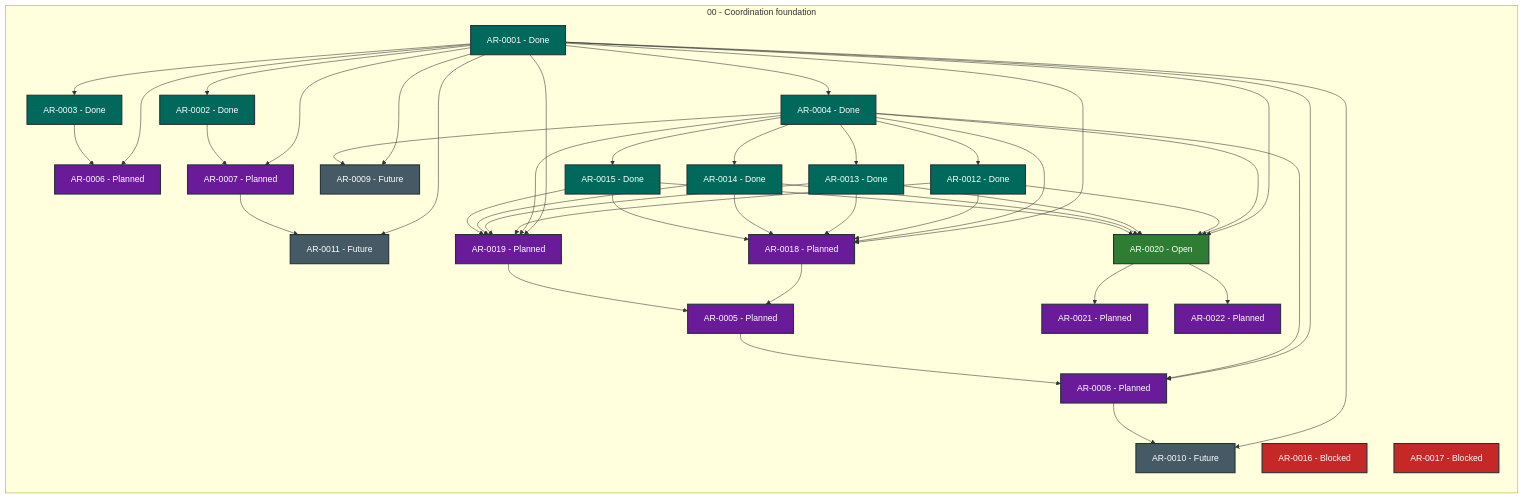
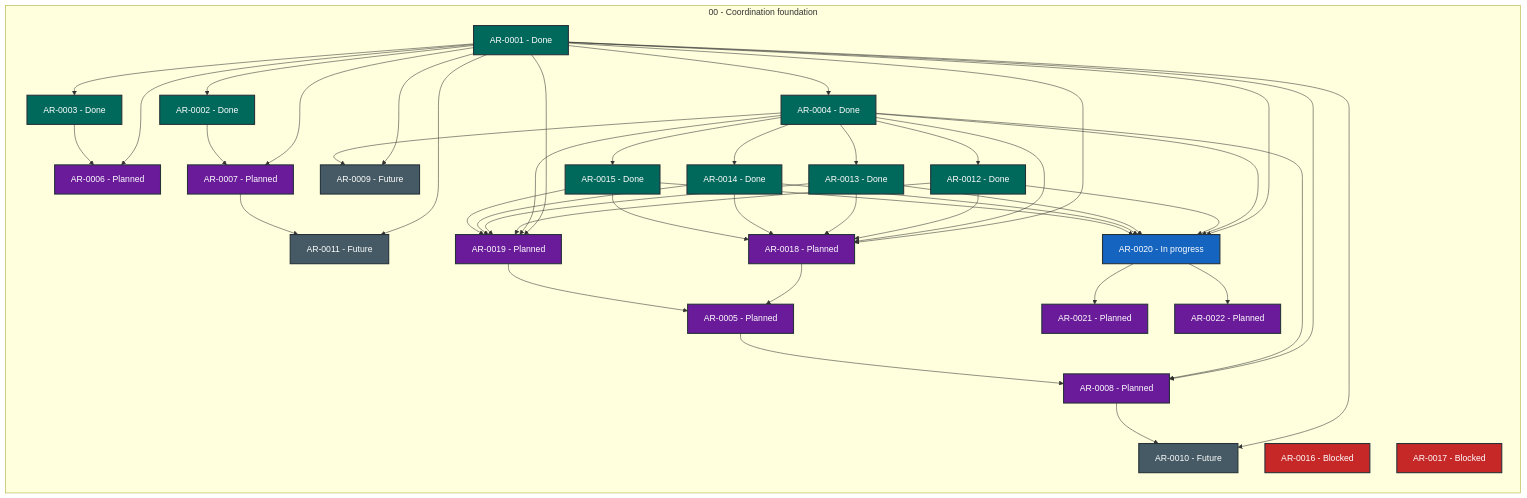
The diagram in STATUS.md (martin-beck/agent-workflow-quality-state), drawn with Mermaid before and after one commit. The commit also changed other lines of this file and 2 other files, not shown here.

````diff
--- a/STATUS.md
+++ b/STATUS.md
@@ -27,78 +27,78 @@
 ```mermaid
 flowchart LR
     subgraph series_00["00 - Coordination foundation"]
         direction TB
         AR_0001["AR-0001 - Done"]:::status_done
         AR_0002["AR-0002 - Done"]:::status_done
         AR_0003["AR-0003 - Done"]:::status_done
         AR_0004["AR-0004 - Done"]:::status_done
         AR_0005["AR-0005 - Planned"]:::status_planned
         AR_0006["AR-0006 - Planned"]:::status_planned
         AR_0007["AR-0007 - Planned"]:::status_planned
         AR_0008["AR-0008 - Planned"]:::status_planned
         AR_0009["AR-0009 - Future"]:::status_future
         AR_0010["AR-0010 - Future"]:::status_future
         AR_0011["AR-0011 - Future"]:::status_future
         AR_0012["AR-0012 - Done"]:::status_done
         AR_0013["AR-0013 - Done"]:::status_done
         AR_0014["AR-0014 - Done"]:::status_done
         AR_0015["AR-0015 - Done"]:::status_done
         AR_0016["AR-0016 - Blocked"]:::status_blocked
         AR_0017["AR-0017 - Blocked"]:::status_blocked
         AR_0018["AR-0018 - Planned"]:::status_planned
         AR_0019["AR-0019 - Planned"]:::status_planned
-        AR_0020["AR-0020 - Open"]:::status_open
+        AR_0020["AR-0020 - In progress"]:::status_in_progress
         AR_0021["AR-0021 - Planned"]:::status_planned
         AR_0022["AR-0022 - Planned"]:::status_planned
     end
     AR_0001 --> AR_0002
     AR_0001 --> AR_0003
     AR_0001 --> AR_0004
     AR_0001 --> AR_0006
     AR_0001 --> AR_0007
     AR_0001 --> AR_0008
     AR_0001 --> AR_0009
     AR_0001 --> AR_0010
     AR_0001 --> AR_0011
     AR_0001 --> AR_0018
     AR_0001 --> AR_0019
     AR_0001 --> AR_0020
     AR_0002 --> AR_0007
     AR_0003 --> AR_0006
     AR_0004 --> AR_0008
     AR_0004 --> AR_0009
     AR_0004 --> AR_0012
     AR_0004 --> AR_0013
     AR_0004 --> AR_0014
     AR_0004 --> AR_0015
     AR_0004 --> AR_0018
     AR_0004 --> AR_0019
     AR_0004 --> AR_0020
     AR_0005 --> AR_0008
     AR_0007 --> AR_0011
     AR_0008 --> AR_0010
     AR_0012 --> AR_0018
     AR_0012 --> AR_0019
     AR_0012 --> AR_0020
     AR_0013 --> AR_0018
     AR_0013 --> AR_0019
     AR_0013 --> AR_0020
     AR_0014 --> AR_0018
     AR_0014 --> AR_0019
     AR_0014 --> AR_0020
     AR_0015 --> AR_0018
     AR_0015 --> AR_0019
     AR_0015 --> AR_0020
     AR_0018 --> AR_0005
     AR_0019 --> AR_0005
     AR_0020 --> AR_0021
     AR_0020 --> AR_0022
     classDef status_in_progress fill:#1565c0,color:#ffffff,stroke:#263238,stroke-width:2px
     classDef status_open fill:#2e7d32,color:#ffffff,stroke:#263238,stroke-width:2px
     classDef status_blocked fill:#c62828,color:#ffffff,stroke:#263238,stroke-width:2px
     classDef status_planned fill:#6a1b9a,color:#ffffff,stroke:#263238,stroke-width:2px
     classDef status_future fill:#455a64,color:#ffffff,stroke:#263238,stroke-width:2px
     classDef status_done fill:#00695c,color:#ffffff,stroke:#263238,stroke-width:2px
     classDef status_cancelled fill:#616161,color:#ffffff,stroke:#263238,stroke-width:2px
     classDef status_superseded fill:#5d4037,color:#ffffff,stroke:#263238,stroke-width:2px
 ```
````
